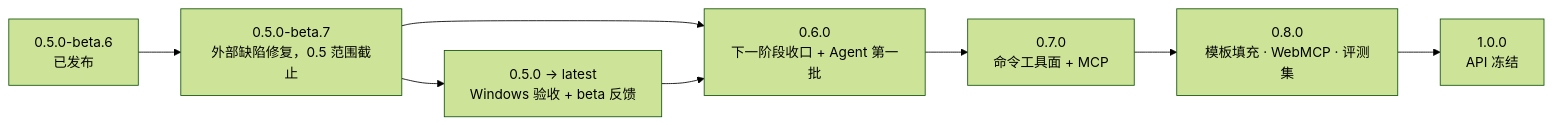
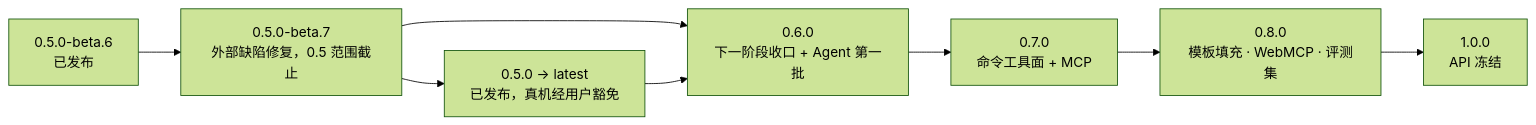
Before and after one commit to unStone/web-ppt: the second of 4 diagrams in docs/roadmap.md, drawn with Mermaid (forest theme). The commit also changed other lines of this file and 3 other files, not shown here.

First line of the commit message:
docs: roadmap 改为到 1.0 的分版本计划；浏览器测试按 DevToolsActivePort 等待 Chrome

````diff
--- a/docs/roadmap.md
+++ b/docs/roadmap.md
@@ -181,10 +179,10 @@
 ```mermaid
 flowchart LR
     B6["0.5.0-beta.6<br/>已发布"] --> B7["0.5.0-beta.7<br/>外部缺陷修复，0.5 范围截止"]
-    B7 --> S5["0.5.0 → latest<br/>Windows 验收 + beta 反馈"]
+    B7 --> S5["0.5.0 → latest<br/>已发布，真机经用户豁免"]
     B7 --> V6["0.6.0<br/>下一阶段收口 + Agent 第一批"]
     V6 --> V7["0.7.0<br/>命令工具面 + MCP"]
     V7 --> V8["0.8.0<br/>模板填充 · WebMCP · 评测集"]
     V8 --> V1["1.0.0<br/>API 冻结"]
     S5 --> V6
 ```
````
